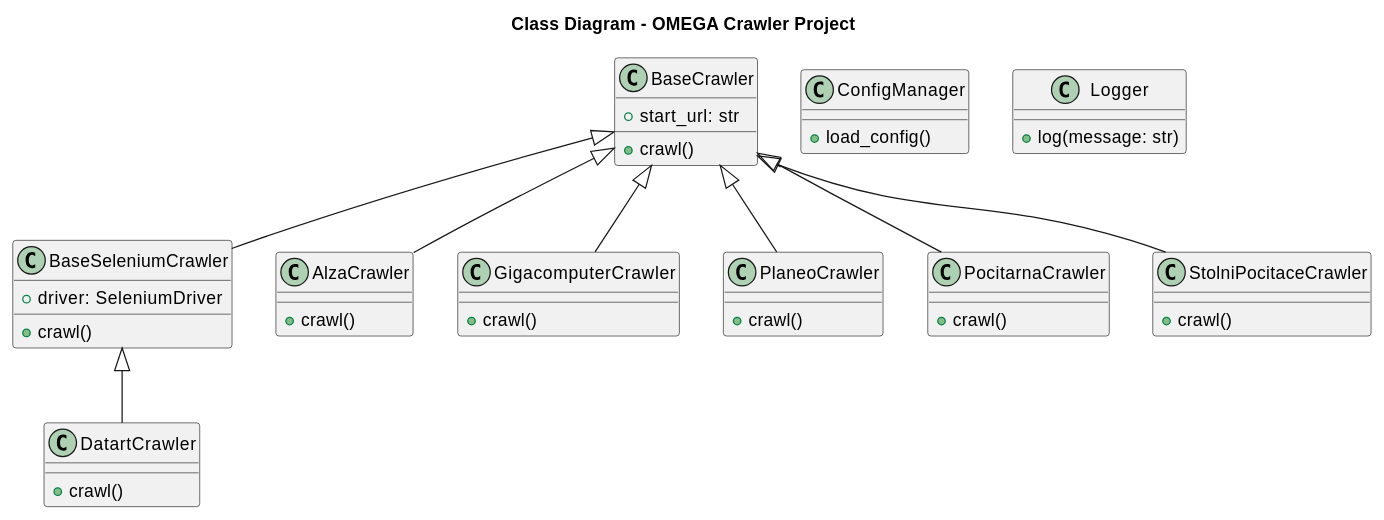
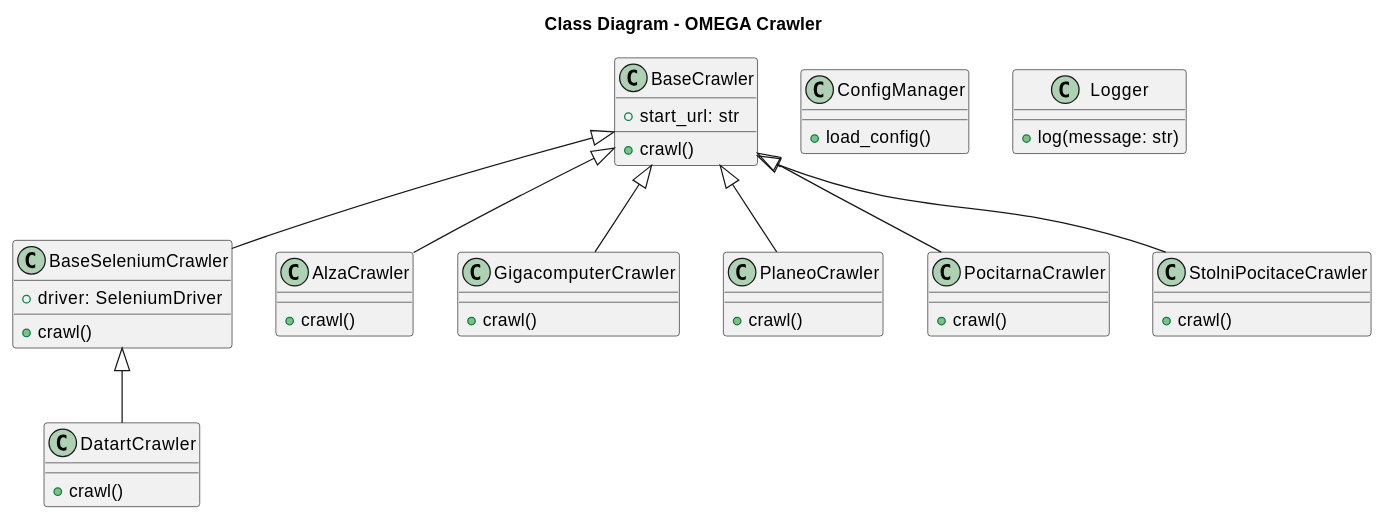
Before and after one commit to LopassMopass/OMEGA: the second of 3 diagrams in README.md, drawn with PlantUML. The commit also changed other lines of this file, not shown here.

Commit message:
Forth Commit

````diff
--- a/README.md
+++ b/README.md
@@ -35,56 +35,56 @@
 ```plantuml
 @startuml
-title Class Diagram - OMEGA Crawler Project
+title Class Diagram - OMEGA Crawler
 
 class BaseCrawler {
   +start_url: str
   +crawl()
 }
 
 class BaseSeleniumCrawler {
   +driver: SeleniumDriver
   +crawl()
 }
 
 class AlzaCrawler {
   +crawl()
 }
 
 class DatartCrawler {
   +crawl()
 }
 
 class GigacomputerCrawler {
   +crawl()
 }
 
 class PlaneoCrawler {
   +crawl()
 }
 
 class PocitarnaCrawler {
   +crawl()
 }
 
 class StolniPocitaceCrawler {
   +crawl()
 }
 
 class ConfigManager {
   +load_config()
 }
 
 class Logger {
   +log(message: str)
 }
 
 BaseCrawler <|-- BaseSeleniumCrawler
 BaseCrawler <|-- AlzaCrawler
 BaseSeleniumCrawler <|-- DatartCrawler
 BaseCrawler <|-- GigacomputerCrawler
 BaseCrawler <|-- PlaneoCrawler
 BaseCrawler <|-- PocitarnaCrawler
 BaseCrawler <|-- StolniPocitaceCrawler
 
 @enduml
 ```
````
